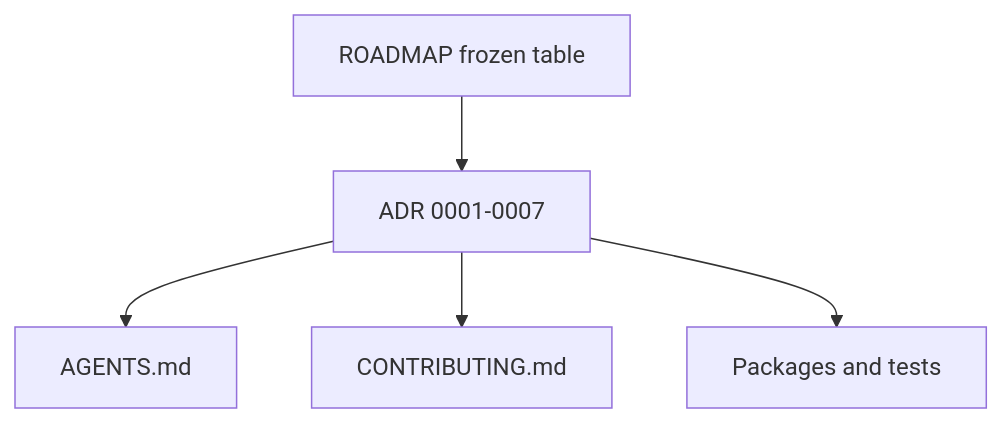
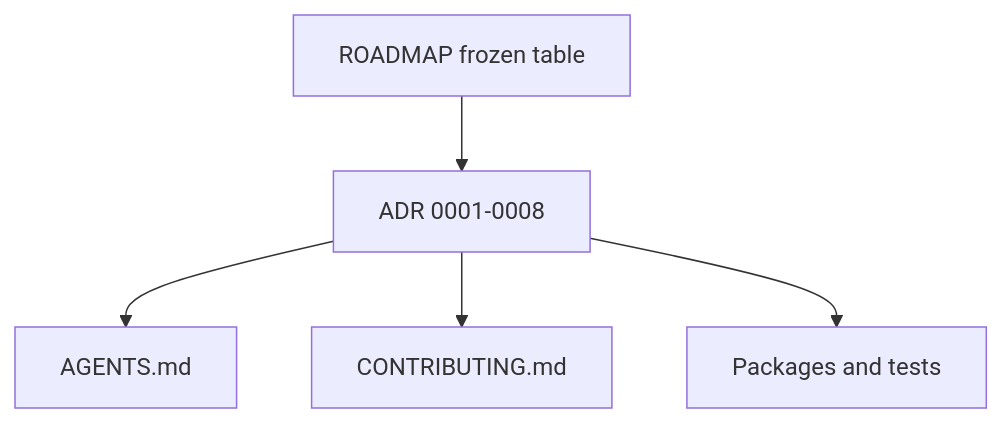
Before and after one commit to witzbeck/mtg-loop-engine: the diagram in docs/decisions/README.md, drawn with Mermaid. The commit also changed other lines of this file and 11 other files, not shown here.

````diff
--- a/docs/decisions/README.md
+++ b/docs/decisions/README.md
@@ -9,7 +9,7 @@
 ```mermaid
 graph TB;
-  roadmap[ROADMAP frozen table] --> adrSeed[ADR 0001-0007];
+  roadmap[ROADMAP frozen table] --> adrSeed[ADR 0001-0008];
   adrSeed --> agents[AGENTS.md];
   adrSeed --> contrib[CONTRIBUTING.md];
   adrSeed --> code[Packages and tests];
 ```
````
